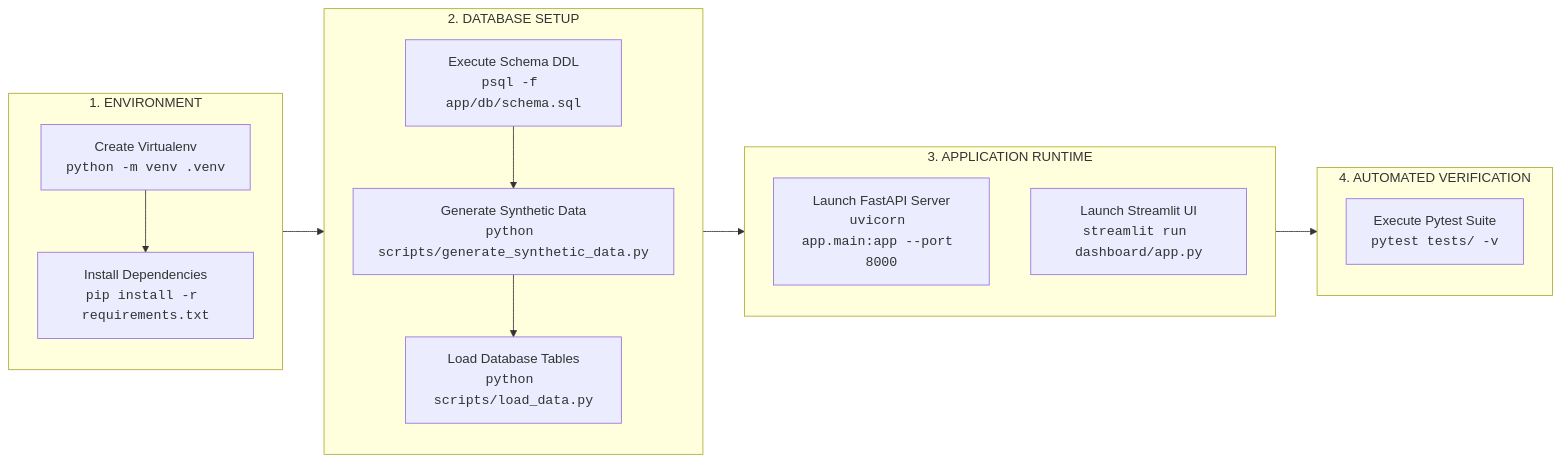
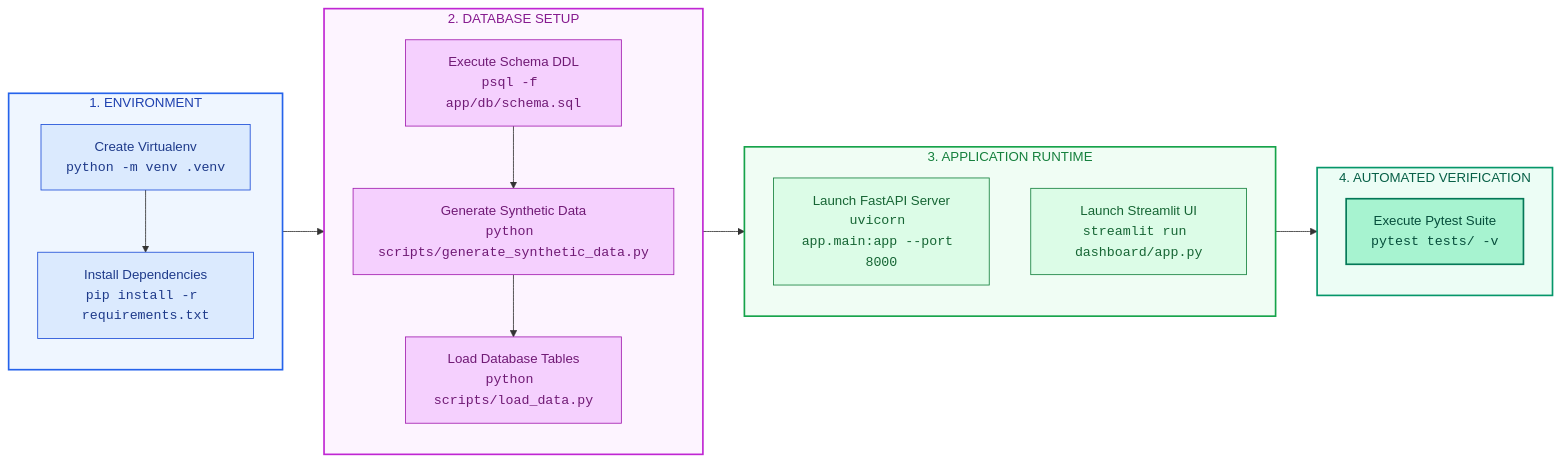
Before and after one commit to VED-VIVEK-TALMALEY/x-fin: the first of 4 diagrams in docs/DEVELOPMENT.md, drawn with Mermaid. The commit also changed other lines of this file and 6 other files, not shown here.

````diff
--- a/docs/DEVELOPMENT.md
+++ b/docs/DEVELOPMENT.md
@@ -9,26 +9,43 @@
 ```mermaid
 flowchart LR
     subgraph S1["1. ENVIRONMENT"]
         V["Create Virtualenv<br/><code>python -m venv .venv</code>"]
         I["Install Dependencies<br/><code>pip install -r requirements.txt</code>"]
         V --> I
     end
 
     subgraph S2["2. DATABASE SETUP"]
         D["Execute Schema DDL<br/><code>psql -f app/db/schema.sql</code>"]
         G["Generate Synthetic Data<br/><code>python scripts/generate_synthetic_data.py</code>"]
         L["Load Database Tables<br/><code>python scripts/load_data.py</code>"]
         D --> G --> L
     end
 
     subgraph S3["3. APPLICATION RUNTIME"]
         API["Launch FastAPI Server<br/><code>uvicorn app.main:app --port 8000</code>"]
         UI["Launch Streamlit UI<br/><code>streamlit run dashboard/app.py</code>"]
     end
 
     subgraph S4["4. AUTOMATED VERIFICATION"]
         T["Execute Pytest Suite<br/><code>pytest tests/ -v</code>"]
     end
 
     S1 --> S2 --> S3 --> S4
+
+    style S1 fill:#EFF6FF,stroke:#2563EB,stroke-width:2px,color:#1E40AF
+    style S2 fill:#FDF4FF,stroke:#C026D3,stroke-width:2px,color:#86198F
+    style S3 fill:#F0FDF4,stroke:#16A34A,stroke-width:2px,color:#15803D
+    style S4 fill:#ECFDF5,stroke:#059669,stroke-width:2px,color:#065F46
+
+    style V fill:#DBEAFE,stroke:#1D4ED8,stroke-width:1px,color:#1E3A8A
+    style I fill:#DBEAFE,stroke:#1D4ED8,stroke-width:1px,color:#1E3A8A
+
+    style D fill:#F5D0FE,stroke:#A21CAF,stroke-width:1px,color:#701A75
+    style G fill:#F5D0FE,stroke:#A21CAF,stroke-width:1px,color:#701A75
+    style L fill:#F5D0FE,stroke:#A21CAF,stroke-width:1px,color:#701A75
+
+    style API fill:#DCFCE7,stroke:#15803D,stroke-width:1px,color:#166534
+    style UI fill:#DCFCE7,stroke:#15803D,stroke-width:1px,color:#166534
+
+    style T fill:#A7F3D0,stroke:#047857,stroke-width:2px,color:#064E3B
 ```
````
